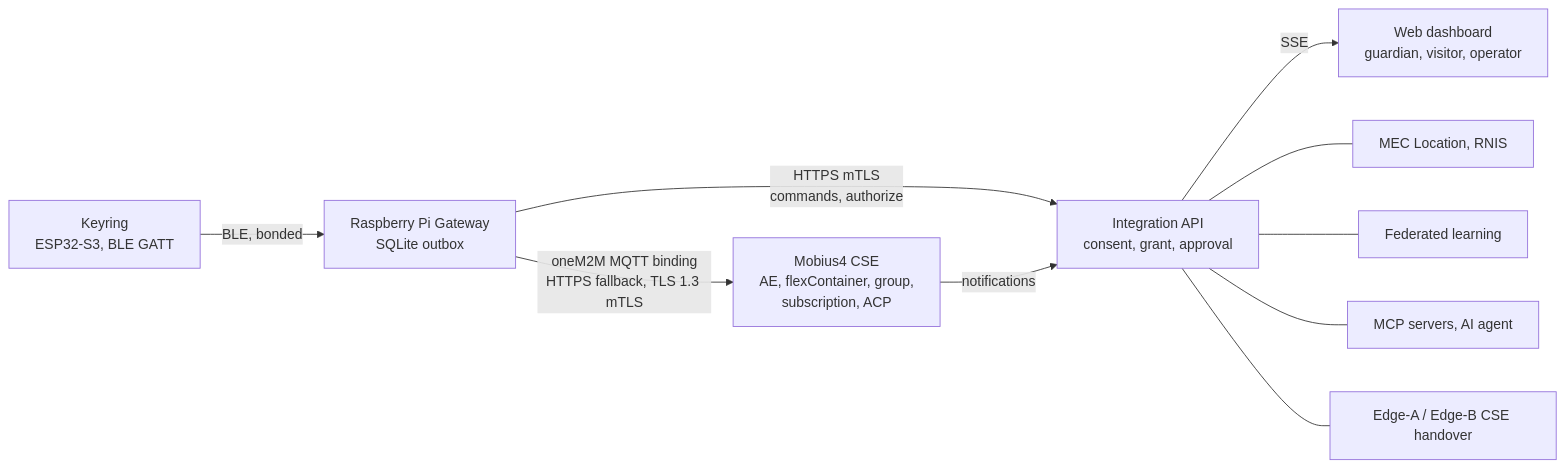
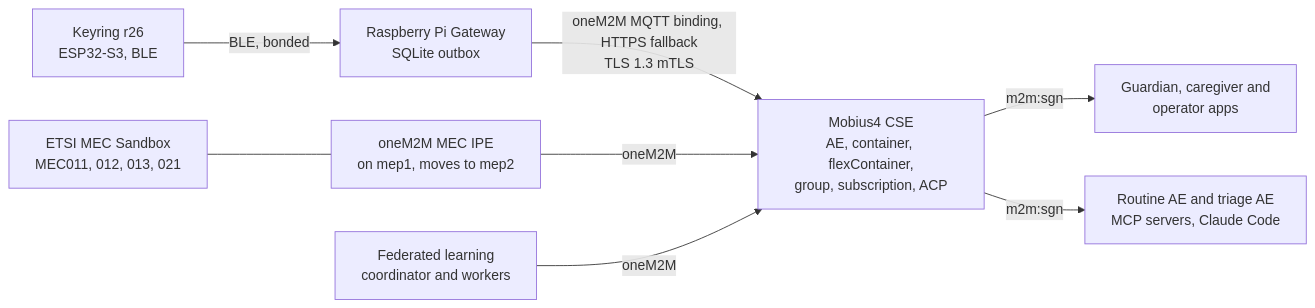
One commit to tirofina/bubble_lock changed the diagram in README.md. Above: the diagram before and after it, drawn with Mermaid. The commit also changed other lines of this file, not shown here.

````diff
--- a/README.md
+++ b/README.md
@@ -40,12 +28,10 @@
 ```mermaid
 flowchart LR
-  K["Keyring<br/>ESP32-S3, BLE GATT"] -- "BLE, bonded" --> GW["Raspberry Pi Gateway<br/>SQLite outbox"]
-  GW -- "oneM2M MQTT binding<br/>HTTPS fallback, TLS 1.3 mTLS" --> CSE["Mobius4 CSE<br/>AE, flexContainer, group,<br/>subscription, ACP"]
-  GW -- "HTTPS mTLS<br/>commands, authorize" --> API["Integration API<br/>consent, grant, approval"]
-  CSE -- "notifications" --> API
-  API -- "SSE" --> WEB["Web dashboard<br/>guardian, visitor, operator"]
-  API --- MEC["MEC Location, RNIS"]
-  API --- FL["Federated learning"]
-  API --- MCP["MCP servers, AI agent"]
-  API --- EDGE["Edge-A / Edge-B CSE handover"]
+  K["Keyring r26<br/>ESP32-S3, BLE"] -- "BLE, bonded" --> GW["Raspberry Pi Gateway<br/>SQLite outbox"]
+  GW -- "oneM2M MQTT binding, HTTPS fallback<br/>TLS 1.3 mTLS" --> CSE["Mobius4 CSE<br/>AE, container, flexContainer,<br/>group, subscription, ACP"]
+  CSE -- "m2m:sgn" --> APPS["Guardian, caregiver and<br/>operator apps"]
+  CSE -- "m2m:sgn" --> AI["Routine AE and triage AE<br/>MCP servers, Claude Code"]
+  IPE["oneM2M MEC IPE<br/>on mep1, moves to mep2"] -- "oneM2M" --> CSE
+  MEC["ETSI MEC Sandbox<br/>MEC011, 012, 013, 021"] --- IPE
+  FL["Federated learning<br/>coordinator and workers"] -- "oneM2M" --> CSE
 ```
````
